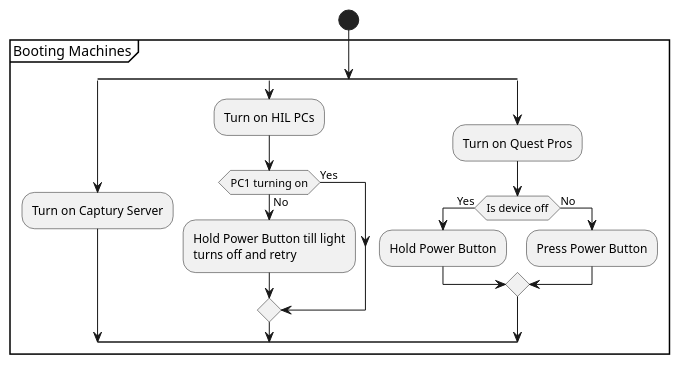
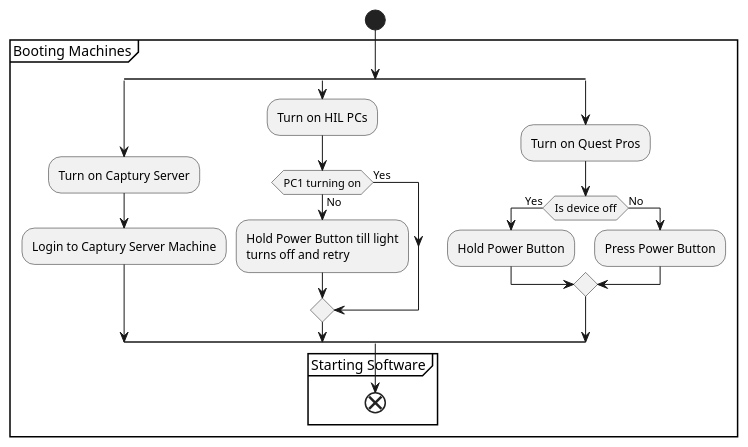
One commit to QM-Human-Interaction-Lab/Captury-UE5-System changed the diagram in OperationsDiagramActivity.puml. Above: the diagram before and after it, drawn with PlantUML. The commit also changed 13 other files, not shown here.

```diff
--- a/OperationsDiagramActivity.puml
+++ b/OperationsDiagramActivity.puml
@@ -1,21 +1,24 @@
 @startuml
 Start
 partition Booting Machines
 split
 :Turn on Captury Server;
+:Login to Captury Server Machine;
 split again
 :Turn on HIL PCs;
 if (PC1 turning on) then (No)
 :Hold Power Button till light
 turns off and retry;
 else (Yes)
 endif
 split again
 :Turn on Quest Pros;
 if (Is device off) then (Yes)
 :Hold Power Button;
 else (No)
 :Press Power Button;
 endif
-
+end split
+partition Starting Software
+end
 @enduml
```
